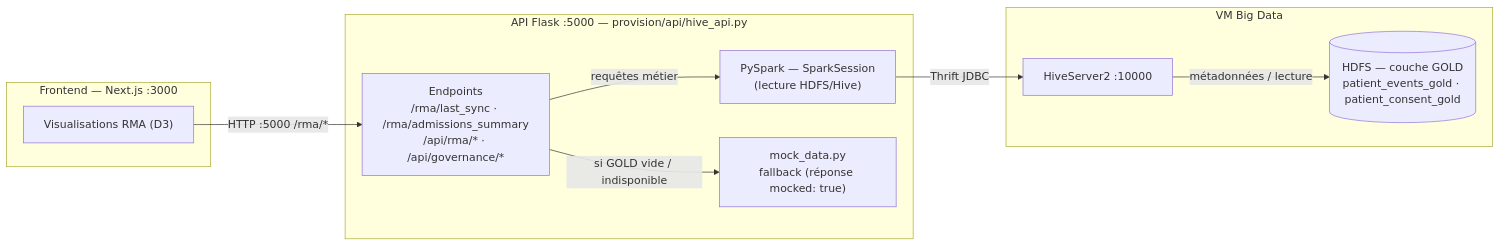
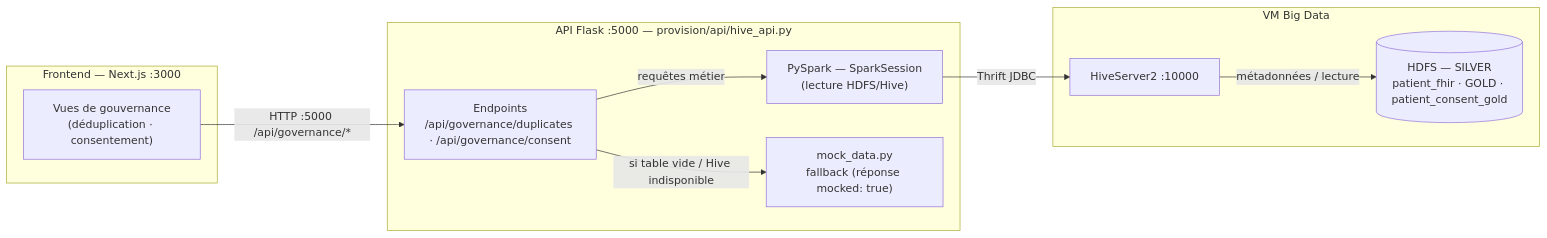
The diagram in GUIDE/guide-backend.md (Alphamanjaka/test-big-data), drawn with Mermaid before and after one commit. The commit also changed other lines of this file and 65 other files, not shown here.

Commit message:
Retrait du RMA : front recentre (synthese/doublons/gouvernance), API gouvernance seule 3/3, docs et memoire alignes

````diff
--- a/GUIDE/guide-backend.md
+++ b/GUIDE/guide-backend.md
@@ -18,23 +18,23 @@
 ```mermaid
 flowchart LR
     subgraph FRONT["Frontend — Next.js :3000"]
-        UI["Visualisations RMA (D3)"]
+        UI["Vues de gouvernance<br/>(déduplication · consentement)"]
     end
 
     subgraph API["API Flask :5000 — provision/api/hive_api.py"]
-        ROUTES["Endpoints<br/>/rma/last_sync · /rma/admissions_summary<br/>/api/rma/* · /api/governance/*"]
+        ROUTES["Endpoints<br/>/api/governance/duplicates · /api/governance/consent"]
         PYSPARK["PySpark — SparkSession<br/>(lecture HDFS/Hive)"]
         MOCK["mock_data.py<br/>fallback (réponse mocked: true)"]
     end
 
     subgraph HADOOP["VM Big Data"]
         HS2["HiveServer2 :10000"]
-        GOLD[("HDFS — couche GOLD<br/>patient_events_gold · patient_consent_gold")]
+        WAREHOUSE[("HDFS — SILVER<br/>patient_fhir · GOLD · patient_consent_gold")]
     end
 
-    UI -->|"HTTP :5000 /rma/*"| ROUTES
-    ROUTES -->|"si GOLD vide / indisponible"| MOCK
+    UI -->|"HTTP :5000 /api/governance/*"| ROUTES
+    ROUTES -->|"si table vide / Hive indisponible"| MOCK
     ROUTES -->|"requêtes métier"| PYSPARK
     PYSPARK -->|"Thrift JDBC"| HS2
-    HS2 -->|"métadonnées / lecture"| GOLD
+    HS2 -->|"métadonnées / lecture"| WAREHOUSE
 ```
````
